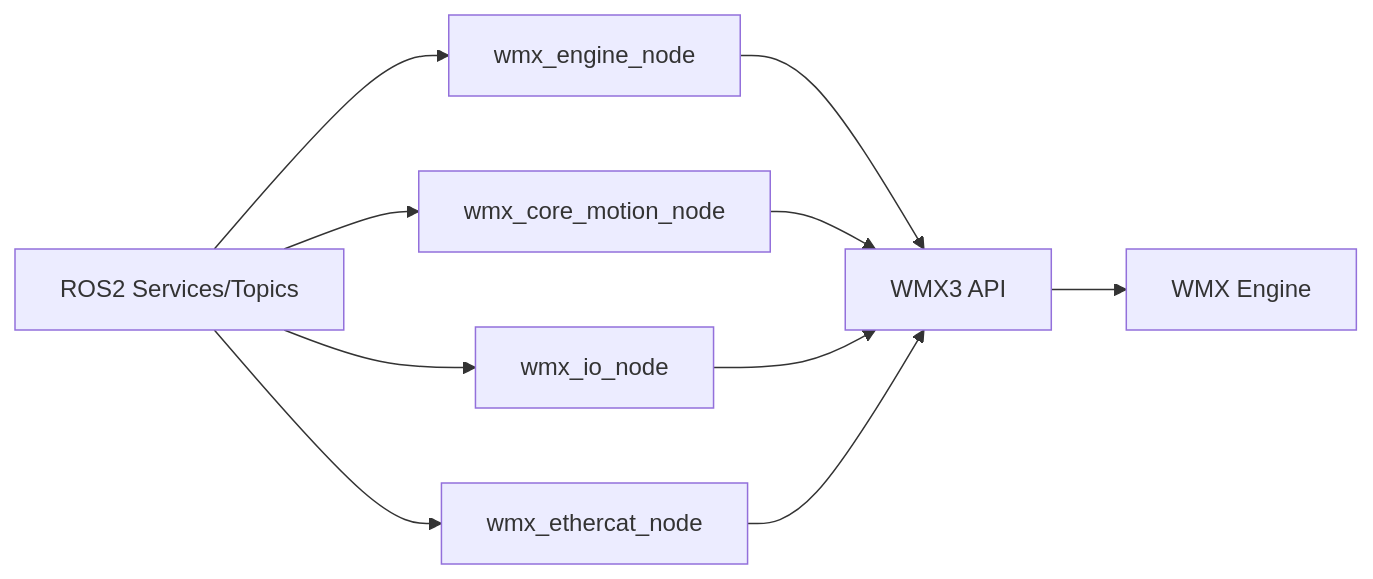
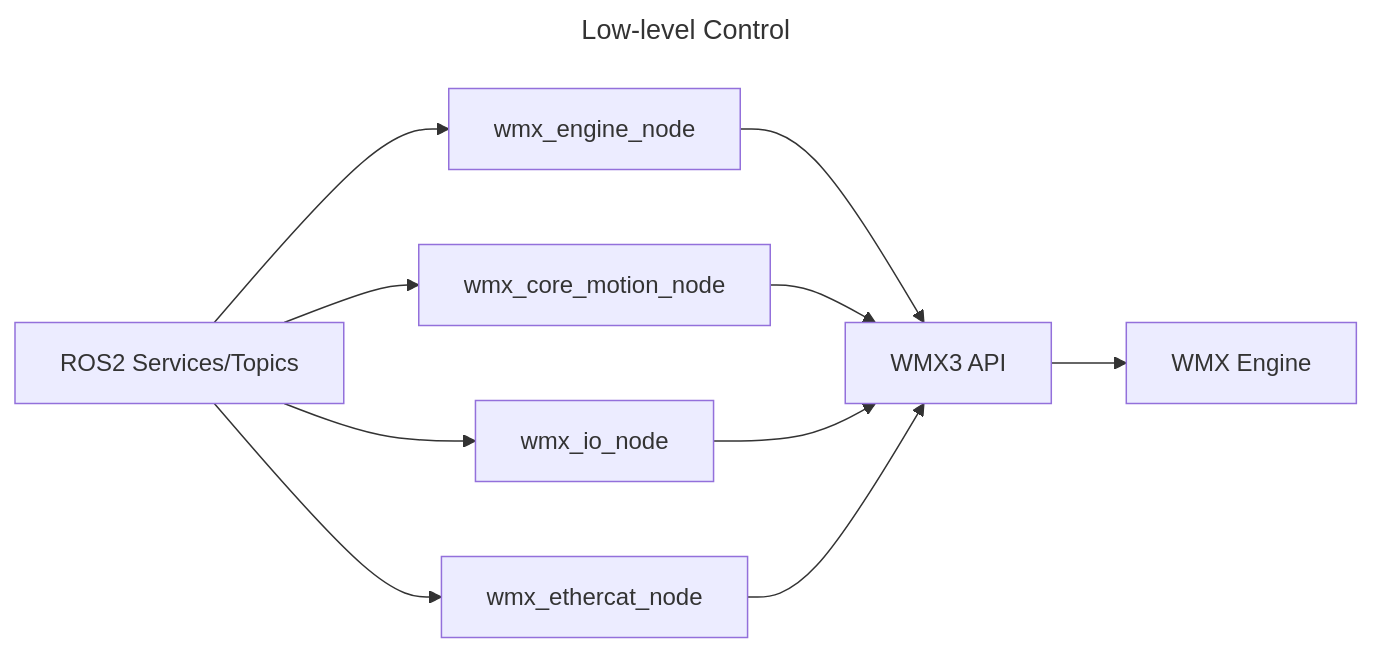
One commit to movensys/wmx-ros2 changed the first of 2 diagrams in README.md. Above: the diagram before and after it, drawn with Mermaid. The commit also changed other lines of this file, not shown here.

Commit message:
Change mermaid title and format

````diff
--- a/README.md
+++ b/README.md
@@ -11,12 +11,15 @@
 ```mermaid
+---
+title: Low-level Control
+---
 graph LR
-    A[ROS2 Services/Topics] --> B[wmx_engine_node]
-    A --> C[wmx_core_motion_node]
-    A --> D[wmx_io_node]
-    A --> E[wmx_ethercat_node]
-    B --> F[WMX3 API]
-    C --> F
-    D --> F
-    E --> F
-    F --> G[WMX Engine]
+    A[ROS2 Services/Topics] --> B[wmx_engine_node];
+    A --> C[wmx_core_motion_node];
+    A --> D[wmx_io_node];
+    A --> E[wmx_ethercat_node];
+    B --> F[WMX3 API];
+    C --> F;
+    D --> F;
+    E --> F;
+    F --> G[WMX Engine];
 ```
````
